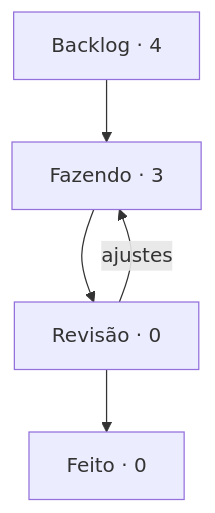
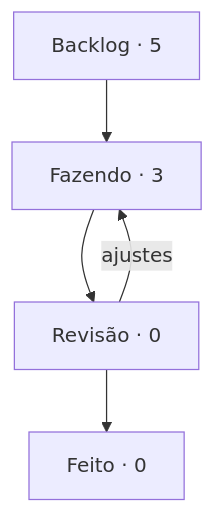
The diagram in boards/harness/BOARD.md (StudioVibi/VibiKanban), drawn with Mermaid before and after one commit. The commit also changed other lines of this file and 2 other files, not shown here.

````diff
--- a/boards/harness/BOARD.md
+++ b/boards/harness/BOARD.md
@@ -5,10 +5,10 @@
 ```mermaid
 flowchart TD
-  backlog["Backlog · 4"] --> doing["Fazendo · 3"]
+  backlog["Backlog · 5"] --> doing["Fazendo · 3"]
   doing --> review["Revisão · 0"]
   review --> done["Feito · 0"]
   review -->|ajustes| doing
   doing:::blue
   review:::yellow
   done:::green
 ```
````
